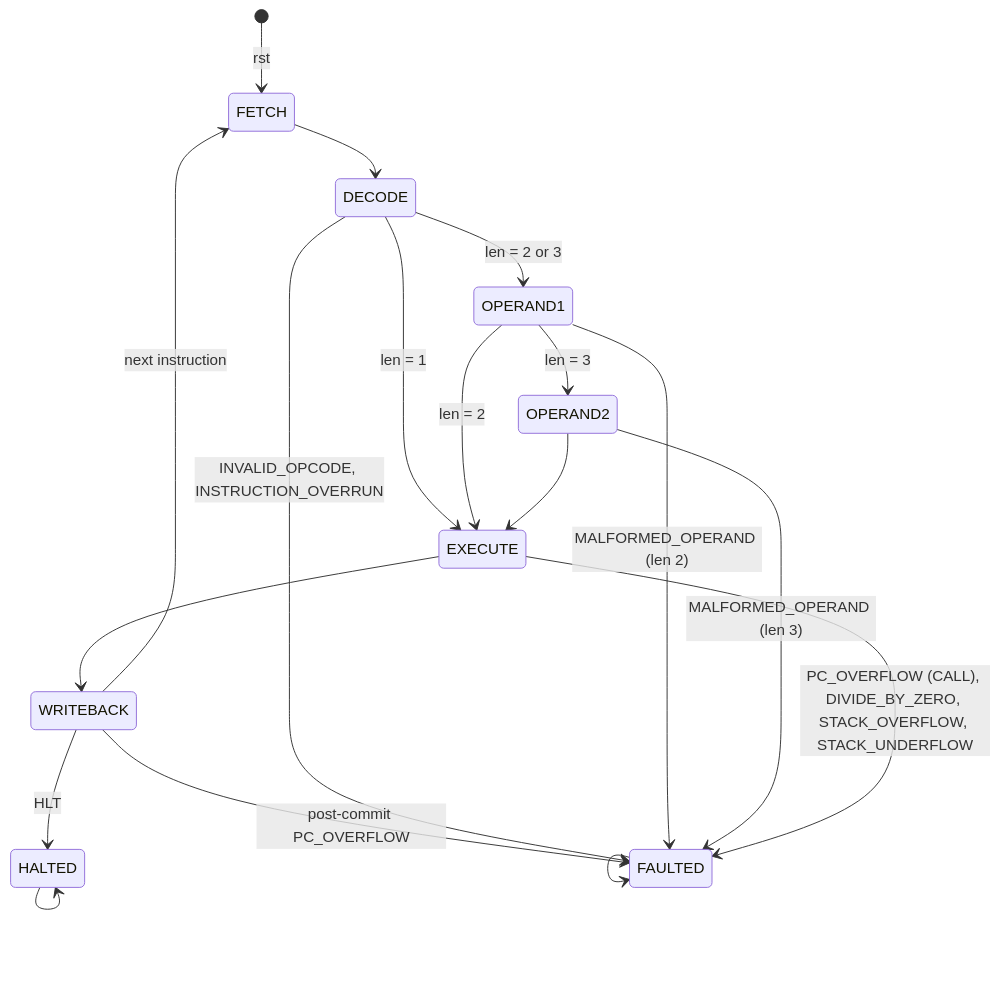
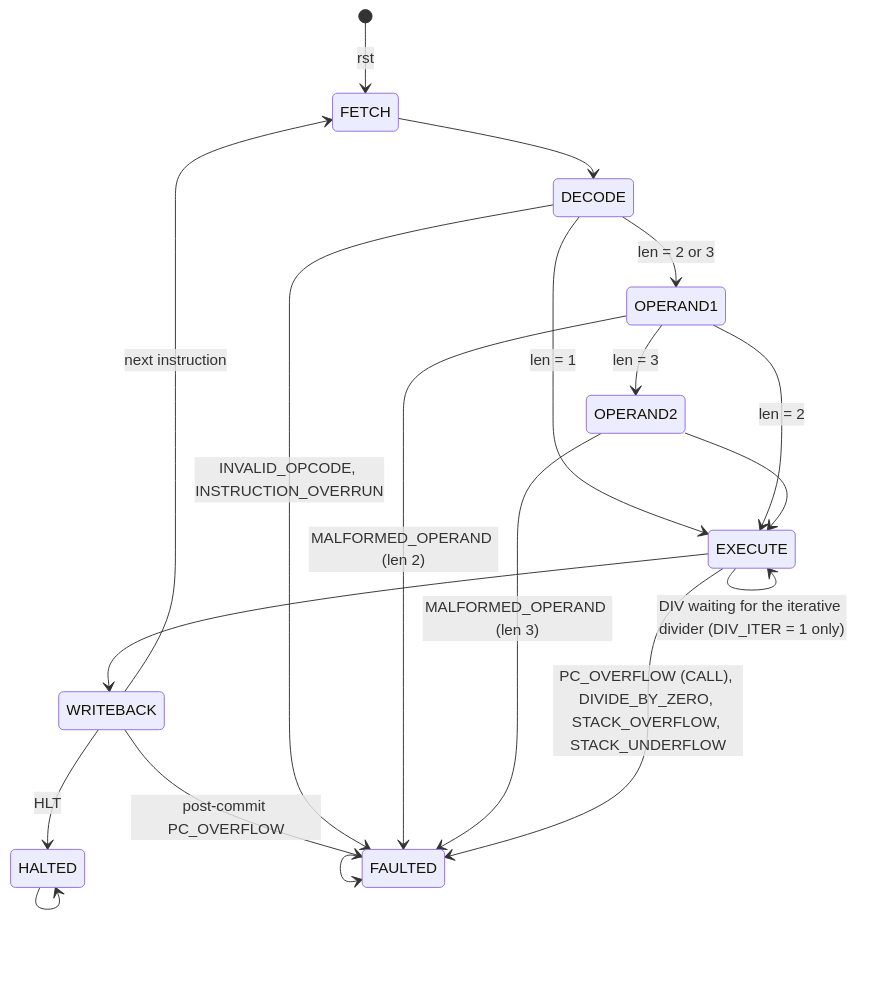
Before and after one commit to KeyesCode/virtual-cpu: the second of 2 diagrams in docs/hardware/control-unit.md, drawn with Mermaid. The commit also changed other lines of this file and 36 other files, not shown here.

First line of the commit message:
feat: Add an iterative divider variant (DIV_IMPL=ITER) behind a DIV_ITER parameter

````diff
--- a/docs/hardware/control-unit.md
+++ b/docs/hardware/control-unit.md
@@ -127,20 +127,21 @@
 ```mermaid
 stateDiagram-v2
   [*] --> FETCH: rst
   FETCH --> DECODE
   DECODE --> EXECUTE: len = 1
   DECODE --> OPERAND1: len = 2 or 3
   OPERAND1 --> OPERAND2: len = 3
   OPERAND1 --> EXECUTE: len = 2
   OPERAND2 --> EXECUTE
   EXECUTE --> WRITEBACK
+  EXECUTE --> EXECUTE: DIV waiting for the iterative divider (DIV_ITER = 1 only)
   WRITEBACK --> FETCH: next instruction
   WRITEBACK --> HALTED: HLT
   WRITEBACK --> FAULTED: post-commit PC_OVERFLOW
   DECODE --> FAULTED: INVALID_OPCODE, INSTRUCTION_OVERRUN
   OPERAND1 --> FAULTED: MALFORMED_OPERAND (len 2)
   OPERAND2 --> FAULTED: MALFORMED_OPERAND (len 3)
   EXECUTE --> FAULTED: PC_OVERFLOW (CALL), DIVIDE_BY_ZERO, STACK_OVERFLOW, STACK_UNDERFLOW
   HALTED --> HALTED
   FAULTED --> FAULTED
 ```
````
